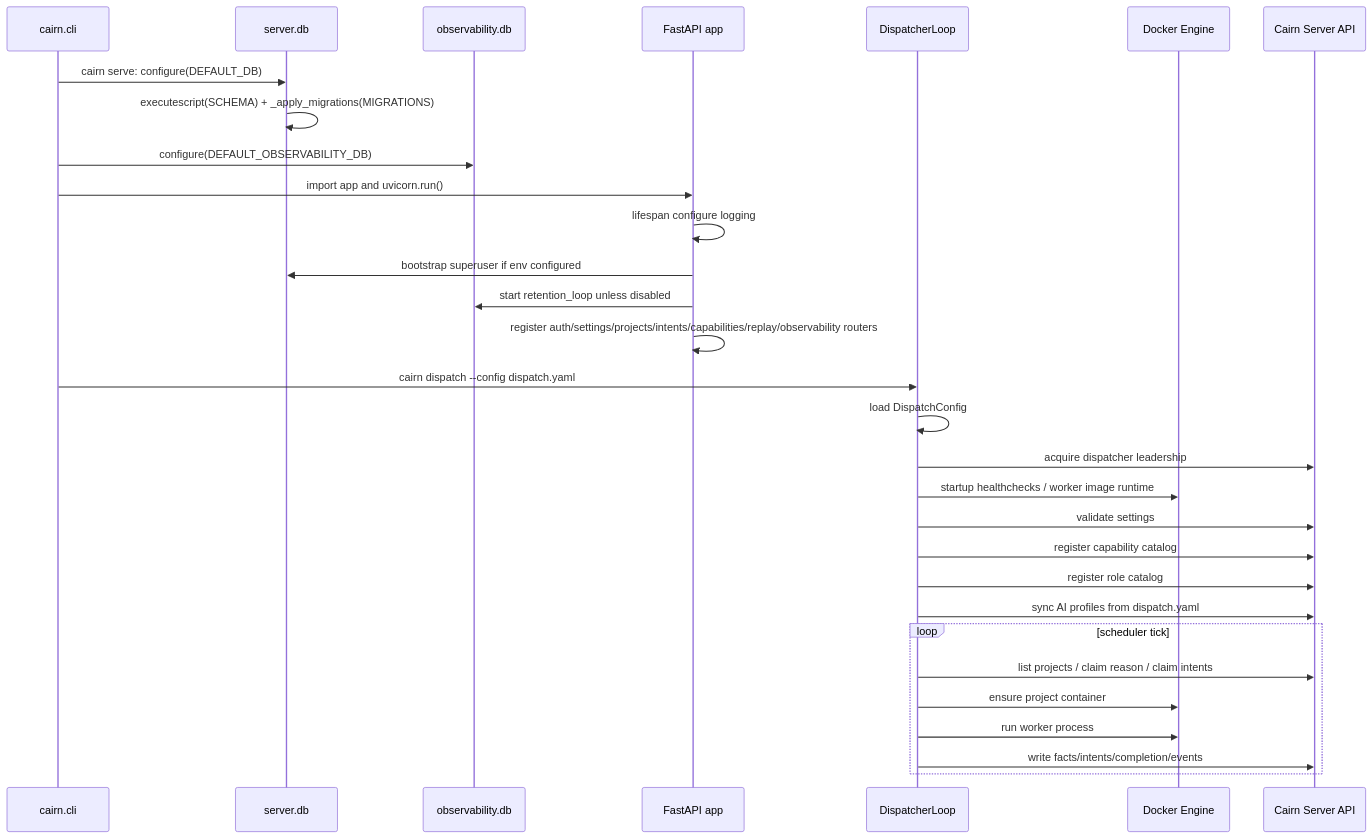
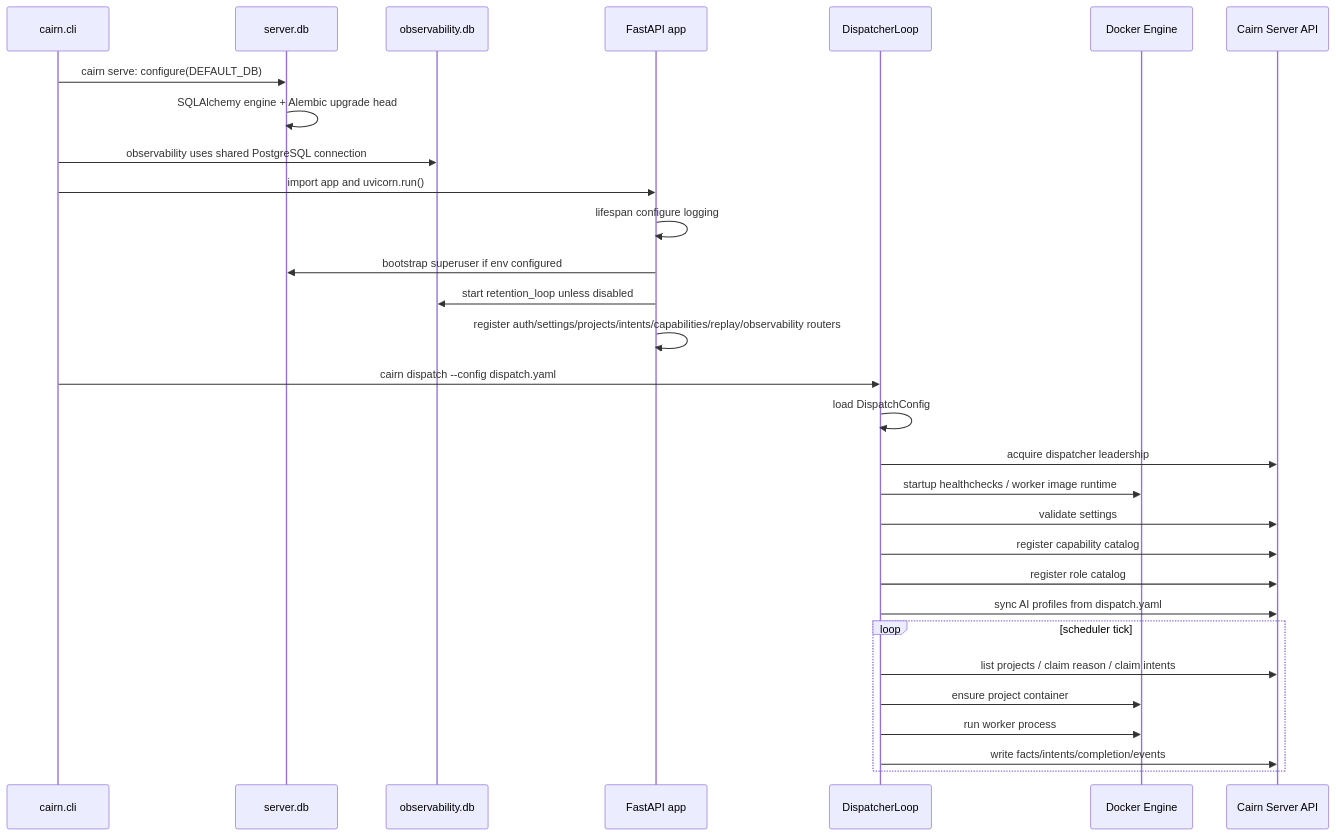
The second of 3 diagrams in AI/ARCHITECTURE.md (j7ur8/Cairn), drawn with Mermaid before and after one commit. The commit also changed other lines of this file and 42 other files, not shown here.

Commit message:
Migrate server storage to PostgreSQL

````diff
--- a/AI/ARCHITECTURE.md
+++ b/AI/ARCHITECTURE.md
@@ -85,34 +85,34 @@
 ```mermaid
 sequenceDiagram
     participant CLI as cairn.cli
     participant DB as server.db
     participant ODB as observability.db
     participant App as FastAPI app
     participant Dispatch as DispatcherLoop
     participant Docker as Docker Engine
     participant API as Cairn Server API
 
     CLI->>DB: cairn serve: configure(DEFAULT_DB)
-    DB->>DB: executescript(SCHEMA) + _apply_migrations(MIGRATIONS)
-    CLI->>ODB: configure(DEFAULT_OBSERVABILITY_DB)
+    DB->>DB: SQLAlchemy engine + Alembic upgrade head
+    CLI->>ODB: observability uses shared PostgreSQL connection
     CLI->>App: import app and uvicorn.run()
     App->>App: lifespan configure logging
     App->>DB: bootstrap superuser if env configured
     App->>ODB: start retention_loop unless disabled
     App->>App: register auth/settings/projects/intents/capabilities/replay/observability routers
 
     CLI->>Dispatch: cairn dispatch --config dispatch.yaml
     Dispatch->>Dispatch: load DispatchConfig
     Dispatch->>API: acquire dispatcher leadership
     Dispatch->>Docker: startup healthchecks / worker image runtime
     Dispatch->>API: validate settings
     Dispatch->>API: register capability catalog
     Dispatch->>API: register role catalog
     Dispatch->>API: sync AI profiles from dispatch.yaml
     loop scheduler tick
         Dispatch->>API: list projects / claim reason / claim intents
         Dispatch->>Docker: ensure project container
         Dispatch->>Docker: run worker process
         Dispatch->>API: write facts/intents/completion/events
     end
 ```
````
